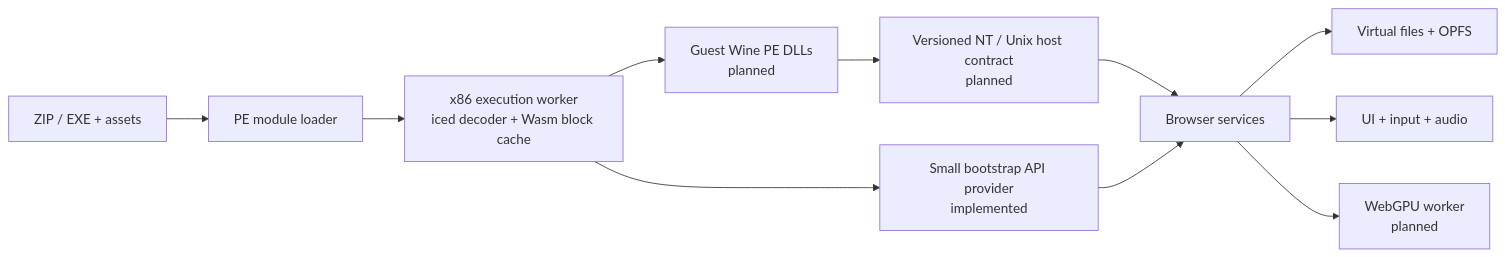
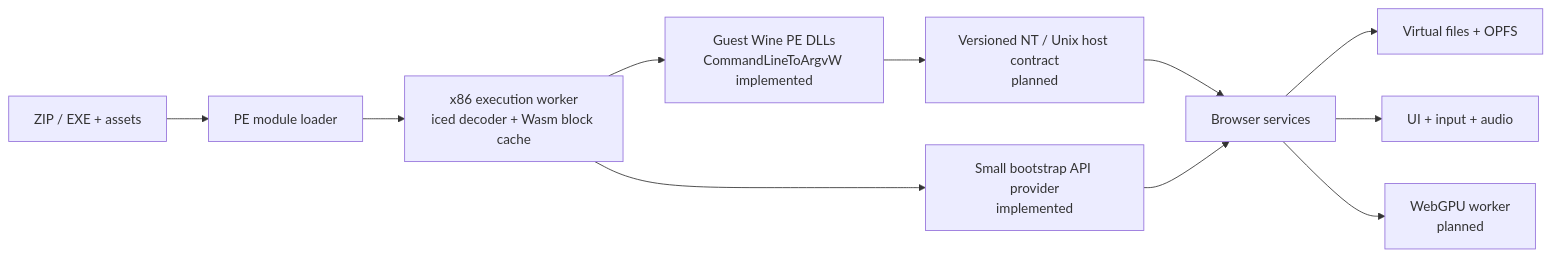
The diagram in docs/architecture.md (evangit2/winebrowser), drawn with Mermaid before and after one commit. The commit also changed other lines of this file and 60 other files, not shown here.

````diff
--- a/docs/architecture.md
+++ b/docs/architecture.md
@@ -128,18 +130,18 @@
 ```mermaid
 flowchart LR
     ZIP[ZIP / EXE + assets] --> Loader[PE module loader]
     Loader --> CPU[x86 execution worker
 iced decoder + Wasm block cache]
     CPU --> DLL[Guest Wine PE DLLs
-planned]
+CommandLineToArgvW implemented]
     DLL --> NT[Versioned NT / Unix host contract
 planned]
     CPU --> Bootstrap[Small bootstrap API provider
 implemented]
     NT --> Services[Browser services]
     Bootstrap --> Services
     Services --> Files[Virtual files + OPFS]
     Services --> UI[UI + input + audio]
     Services --> GPU[WebGPU worker
 planned]
 ```
````
